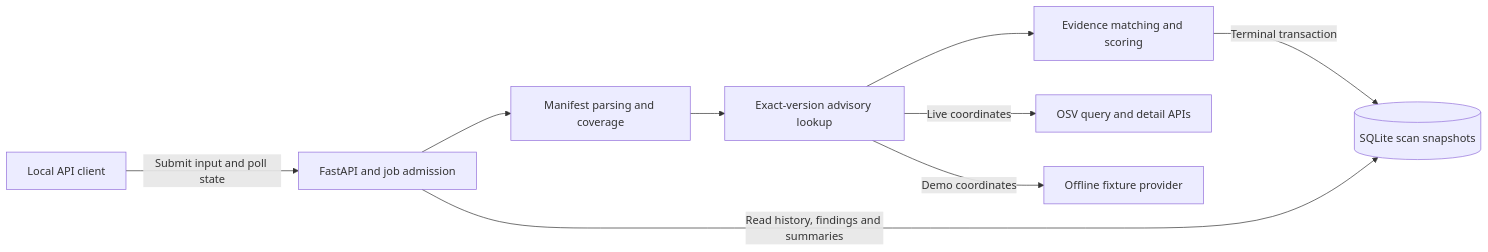
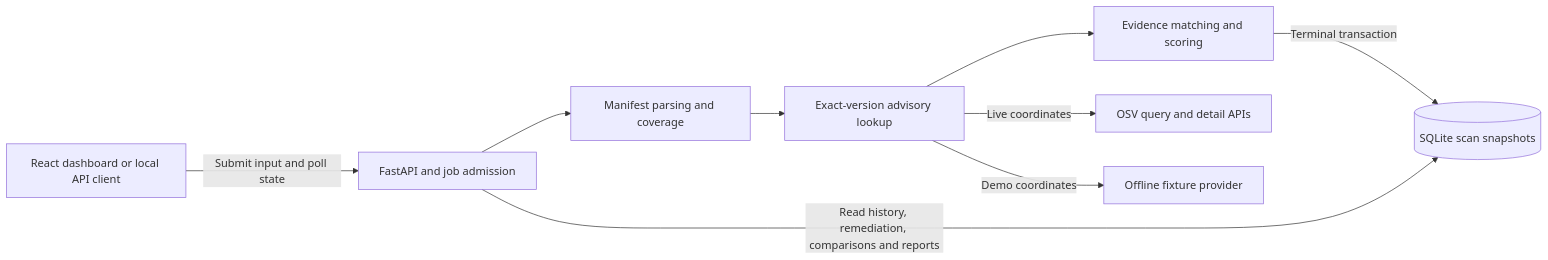
Before and after one commit to sahil15-dev/DepScope: the diagram in docs/architecture.md, drawn with Mermaid. The commit also changed other lines of this file and 84 other files, not shown here.

````diff
--- a/docs/architecture.md
+++ b/docs/architecture.md
@@ -5,17 +5,17 @@
 ```mermaid
 flowchart LR
-    UI[Local API client]
+    UI[React dashboard or local API client]
     API[FastAPI and job admission]
     PARSE[Manifest parsing and coverage]
     LOOKUP[Exact-version advisory lookup]
     EVIDENCE[Evidence matching and scoring]
     OSV[OSV query and detail APIs]
     FIXTURE[Offline fixture provider]
     DB[(SQLite scan snapshots)]
     UI -->|Submit input and poll state| API
     API --> PARSE --> LOOKUP --> EVIDENCE
     LOOKUP -->|Live coordinates| OSV
     LOOKUP -->|Demo coordinates| FIXTURE
     EVIDENCE -->|Terminal transaction| DB
-    API -->|Read history, findings and summaries| DB
+    API -->|Read history, remediation, comparisons and reports| DB
 ```
````
